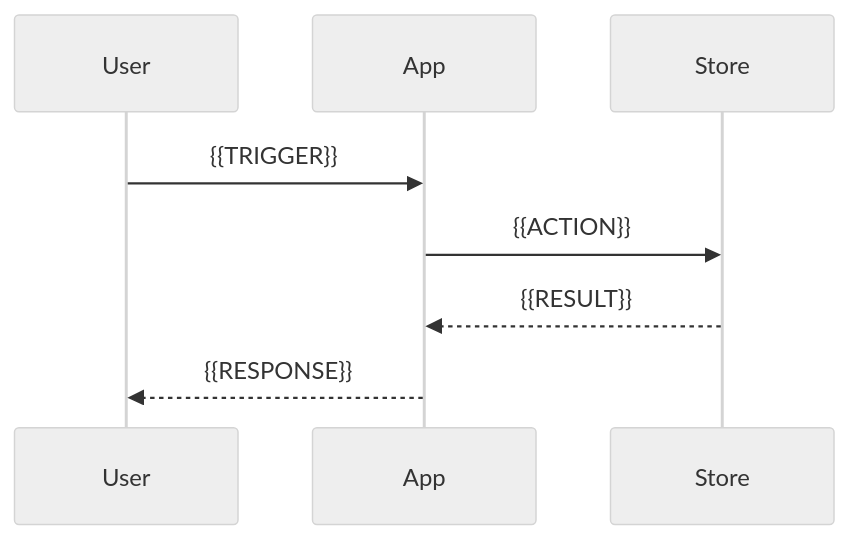
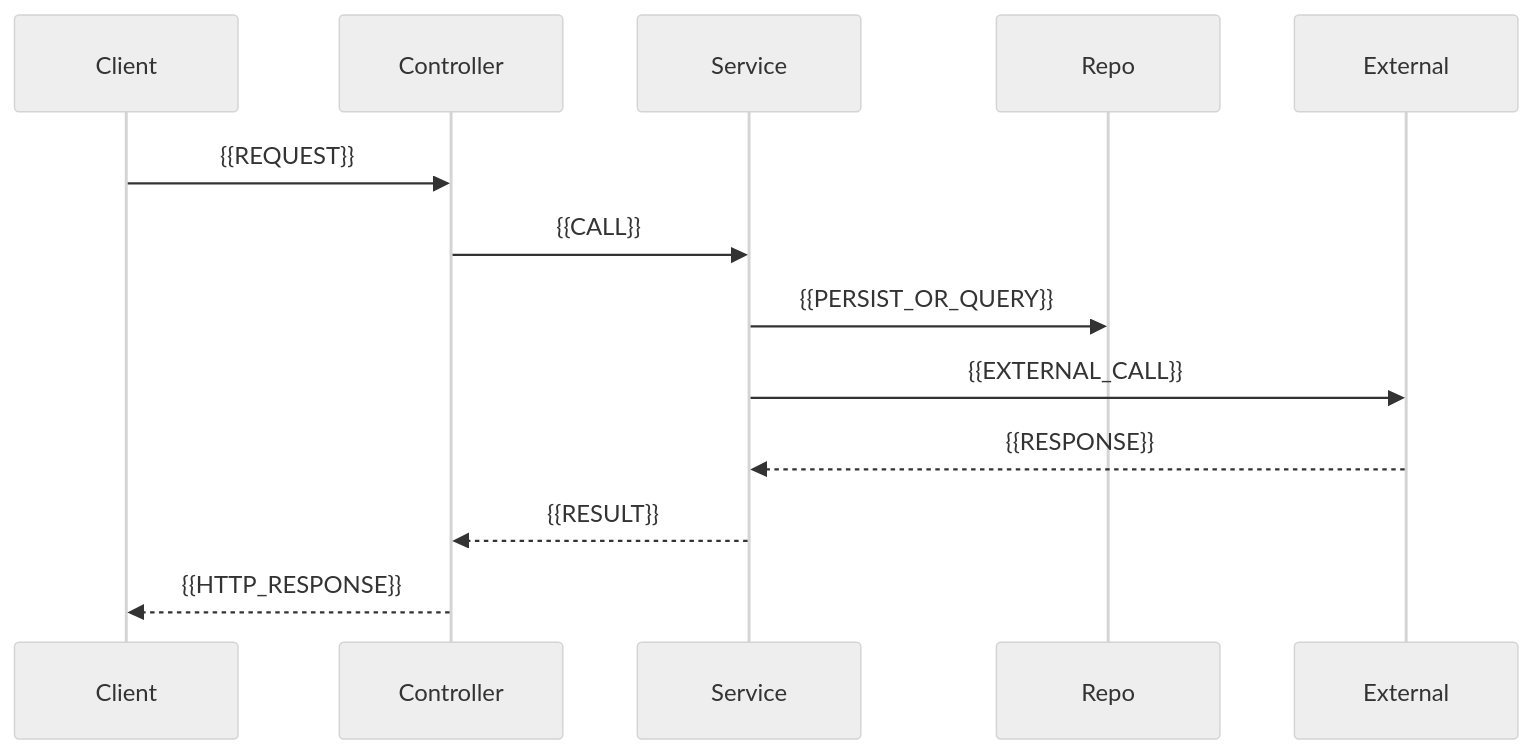
One commit to luisorellana777/claude changed the third of 5 diagrams in .claude/skills/document-project/templates/architecture-template.md. Above: the diagram before and after it, drawn with Mermaid (neutral theme). The commit also changed other lines of this file and 14 other files, not shown here.

````diff
--- a/.claude/skills/document-project/templates/architecture-template.md
+++ b/.claude/skills/document-project/templates/architecture-template.md
@@ -42,10 +96,15 @@
 ```mermaid
 sequenceDiagram
-  participant User
-  participant App
-  participant Store
-  User->>App: {{TRIGGER}}
-  App->>Store: {{ACTION}}
-  Store-->>App: {{RESULT}}
-  App-->>User: {{RESPONSE}}
+  participant Client
+  participant Controller
+  participant Service
+  participant Repo
+  participant External
+  Client->>Controller: {{REQUEST}}
+  Controller->>Service: {{CALL}}
+  Service->>Repo: {{PERSIST_OR_QUERY}}
+  Service->>External: {{EXTERNAL_CALL}}
+  External-->>Service: {{RESPONSE}}
+  Service-->>Controller: {{RESULT}}
+  Controller-->>Client: {{HTTP_RESPONSE}}
 ```
````
